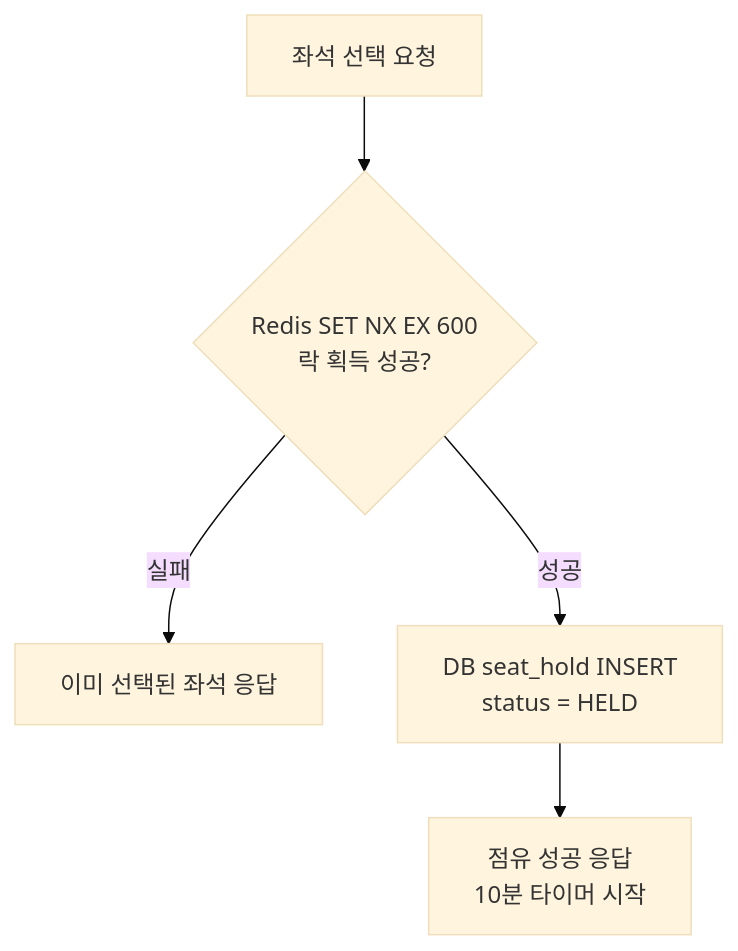
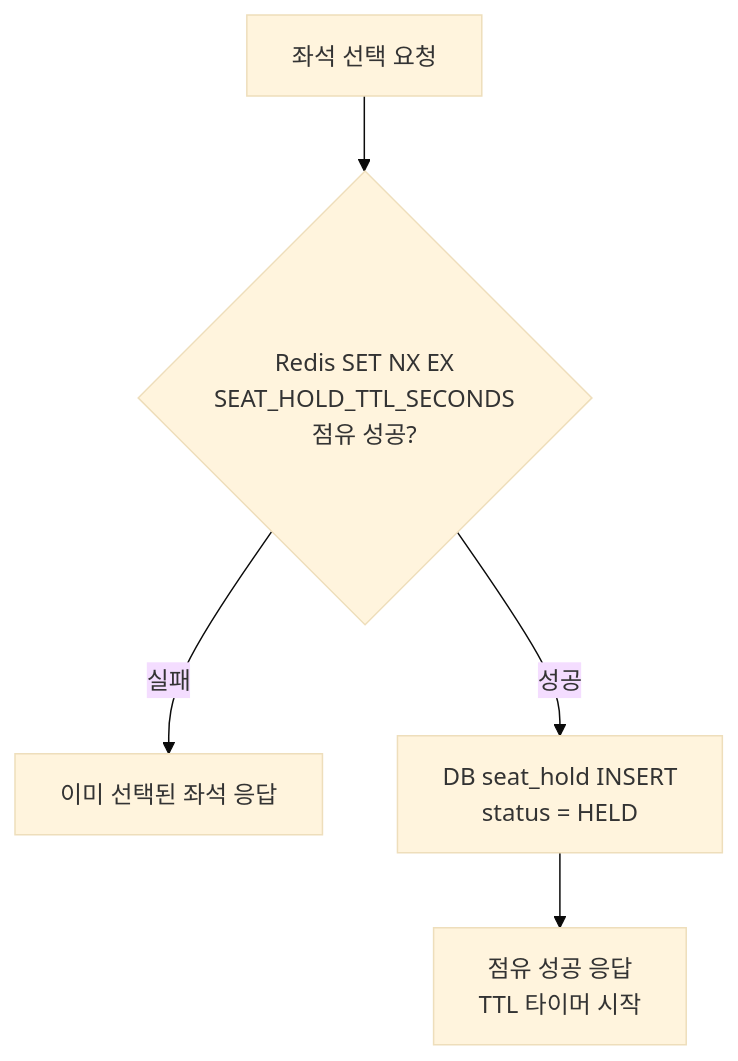
The sixth of 16 diagrams in architect.md (kangjuhyup/gc-project), drawn with Mermaid (base theme) before and after one commit. The commit also changed other lines of this file, not shown here.

````diff
--- a/architect.md
+++ b/architect.md
@@ -573,12 +648,12 @@
 ```mermaid
 flowchart TD
     A["좌석 선택 요청"]
-    B{"Redis SET NX EX 600<br/>락 획득 성공?"}
+    B{"Redis SET NX EX<br/>SEAT_HOLD_TTL_SECONDS<br/>점유 성공?"}
     C["이미 선택된 좌석 응답"]
     D["DB seat_hold INSERT<br/>status = HELD"]
-    E["점유 성공 응답<br/>10분 타이머 시작"]
+    E["점유 성공 응답<br/>TTL 타이머 시작"]
 
     A --> B
     B -- "실패" --> C
     B -- "성공" --> D --> E
 ```
````
